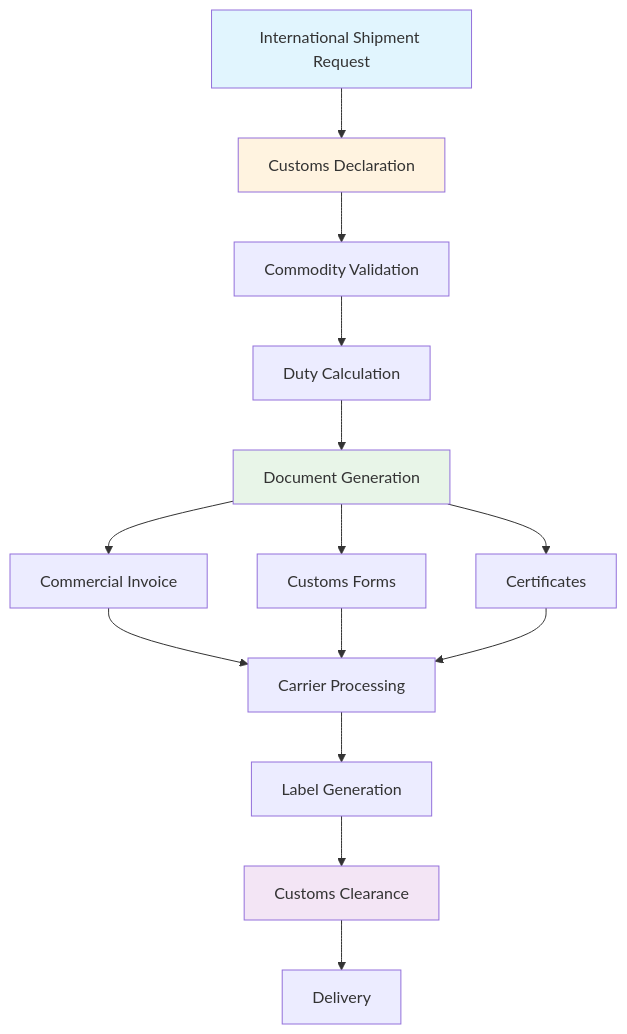
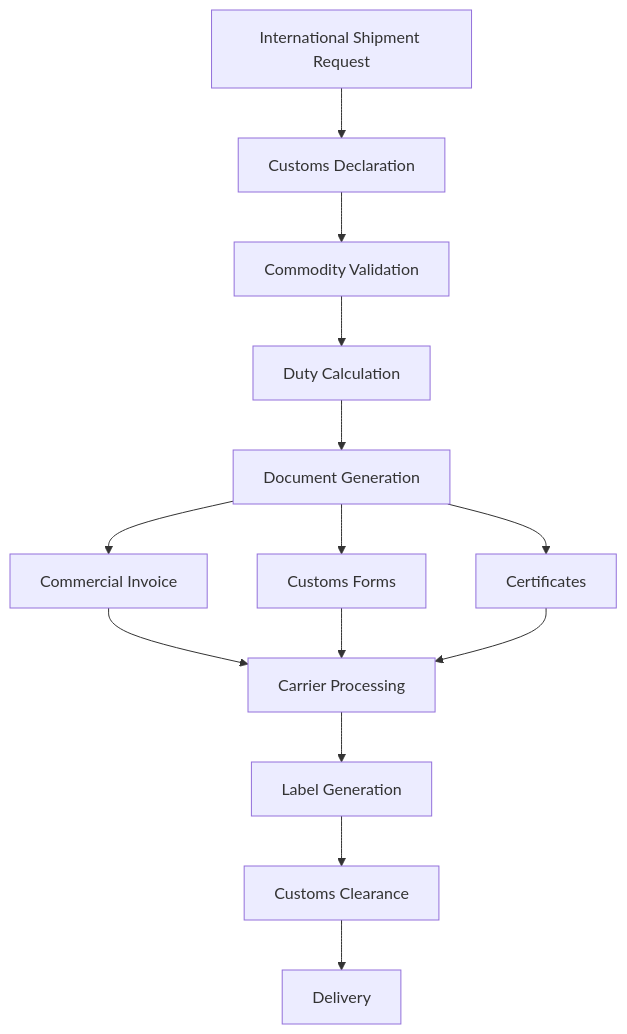
Before and after one commit to karrioapi/karrio: the diagram in apps/web/src/app/docs/products/shipments/international/page.mdx, drawn with Mermaid. The commit also changed 34 other files, not shown here.

````diff
--- a/apps/web/src/app/docs/products/shipments/international/page.mdx
+++ b/apps/web/src/app/docs/products/shipments/international/page.mdx
@@ -30,24 +30,21 @@
 ```mermaid
 flowchart TD
     A[International Shipment Request] --> B[Customs Declaration]
     B --> C[Commodity Validation]
     C --> D[Duty Calculation]
     D --> E[Document Generation]
 
     E --> F[Commercial Invoice]
     E --> G[Customs Forms]
     E --> H[Certificates]
 
     F --> I[Carrier Processing]
     G --> I
     H --> I
 
     I --> J[Label Generation]
     J --> K[Customs Clearance]
     K --> L[Delivery]
 
-    style A fill:#e1f5fe
-    style B fill:#fff3e0
-    style E fill:#e8f5e8
-    style K fill:#f3e5f5
+    
 ```
````
